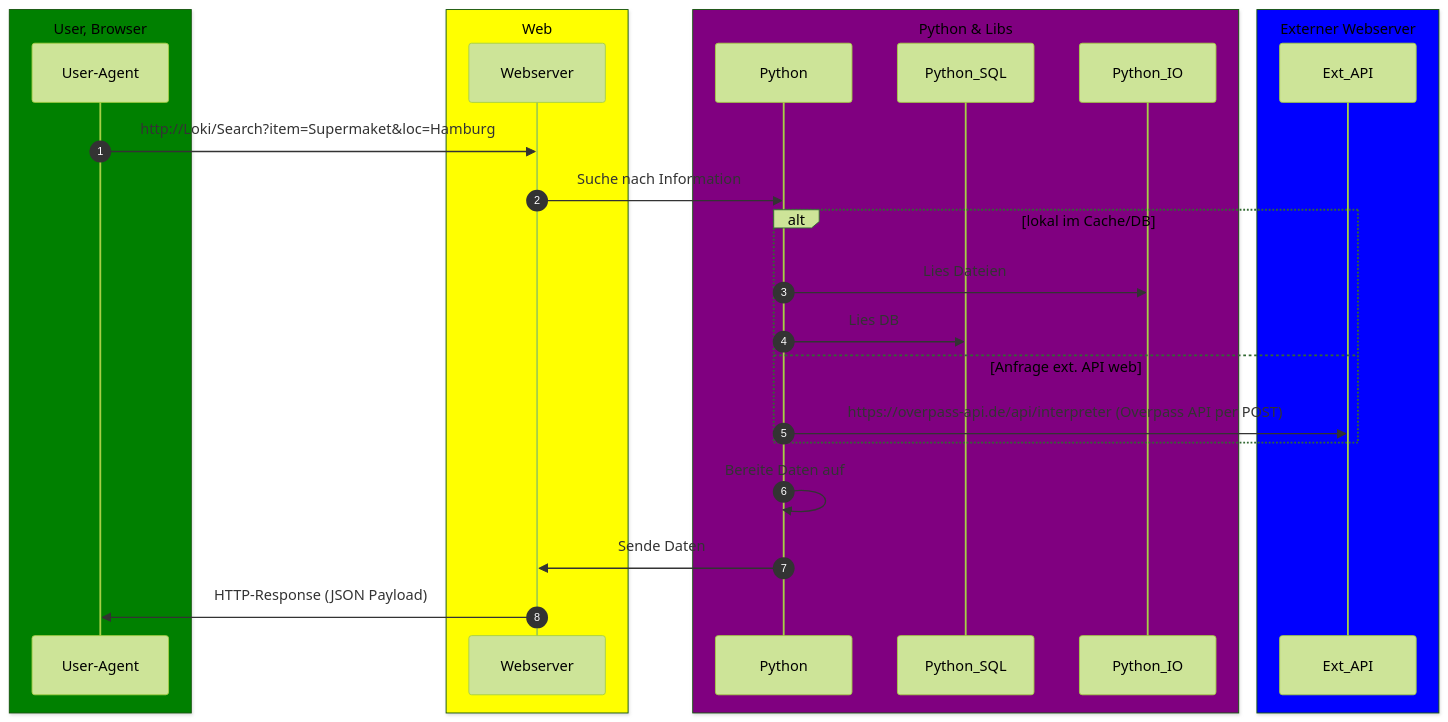
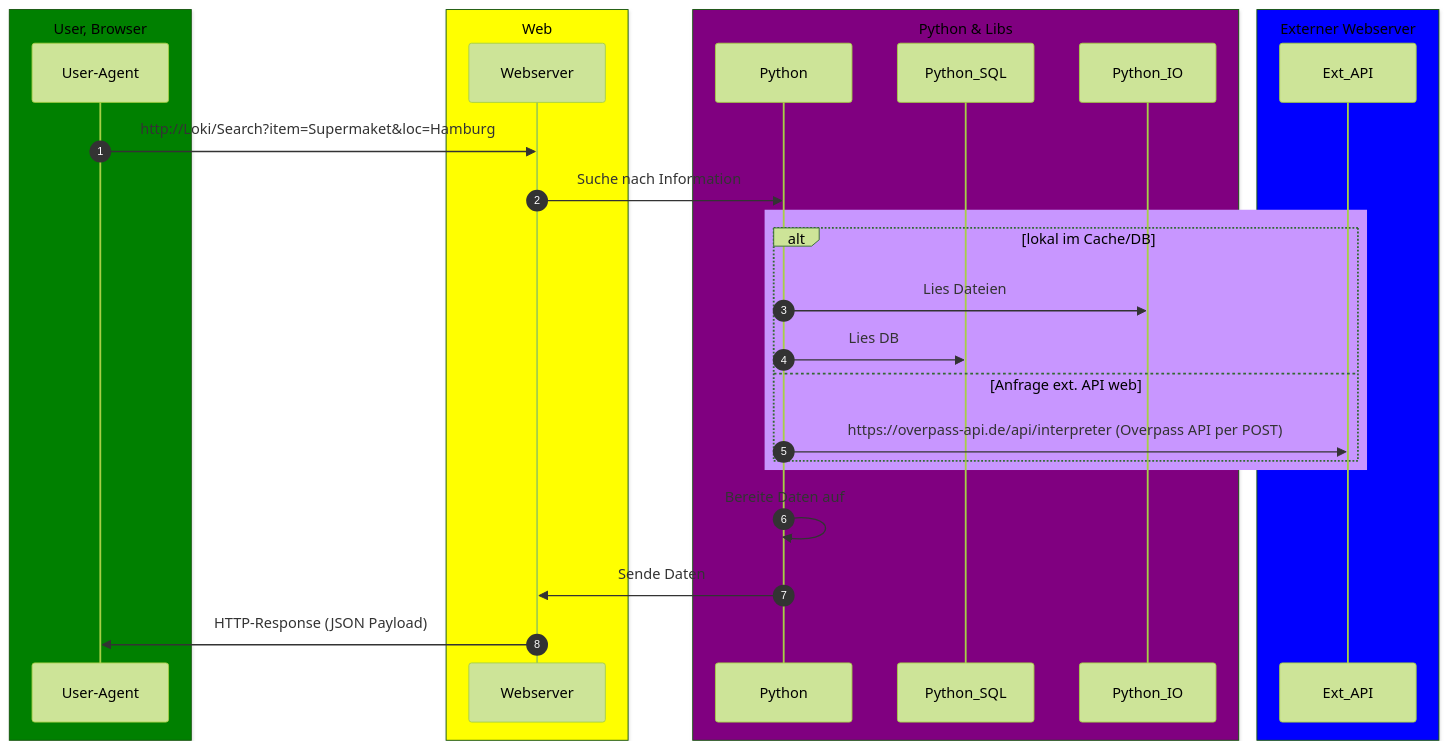
The diagram in dad.md (nevsglueckauf/high_five), drawn with Mermaid (forest theme) before and after one commit.

Commit message:
DAD erstellt

````diff
--- a/dad.md
+++ b/dad.md
@@ -5,35 +5,37 @@
 ```mermaid
 sequenceDiagram
 autonumber
     
     box Green User, Browser
     participant User-Agent
     end
 
     box Yellow Web
     participant Webserver
     end
 
     box Purple Python & Libs
     participant Python
     participant Python_SQL
     participant Python_IO
     end
 
     box Blue Externer Webserver
     participant Ext_API
     end
 
     User-Agent->>Webserver: http://Loki/Search?item=Supermaket&loc=Hamburg
     Webserver->>Python: Suche nach Information
+    rect rgb(200, 150, 255)
     alt lokal im Cache/DB
         Python->>Python_IO:Lies Dateien
         Python->>Python_SQL:Lies DB
     else Anfrage ext. API web
         Python->>Ext_API:  https://overpass-api.de/api/interpreter (Overpass API per POST)
     end
+    end
     Python->>Python: Bereite Daten auf
     Python->>Webserver: Sende Daten
     Webserver->>User-Agent: HTTP-Response (JSON Payload)
 
 ```
````
